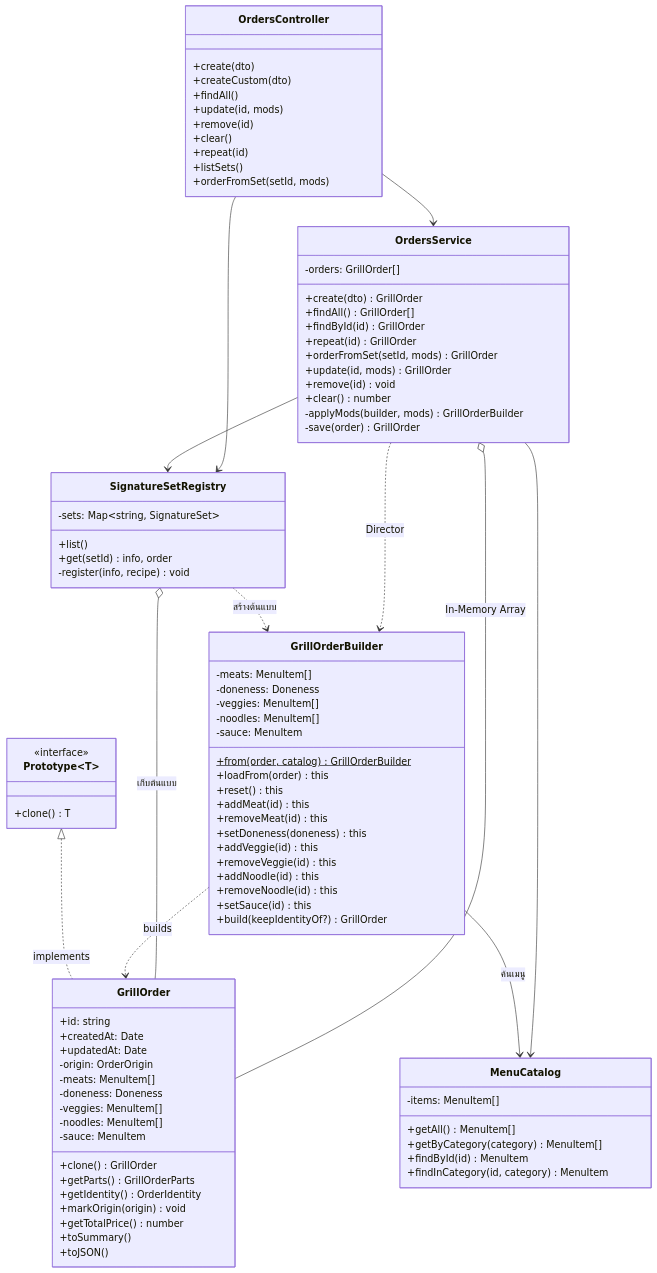
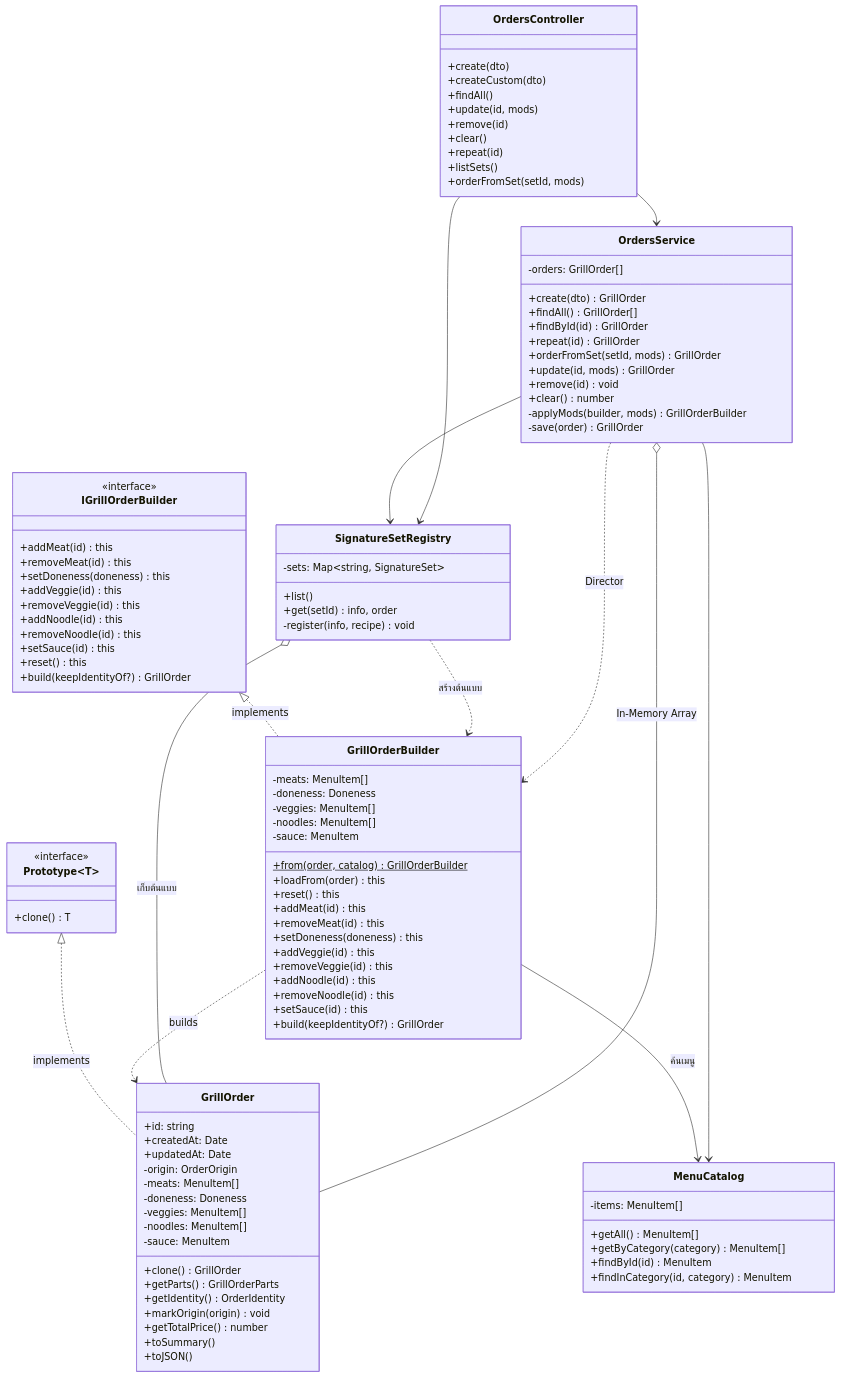
Before and after one commit to 66114540676/GrillByWayu: the diagram in README.md, drawn with Mermaid. The commit also changed other lines of this file and 22 other files, not shown here.

```diff
--- a/README.md
+++ b/README.md
@@ -111,6 +112,20 @@
         +getTotalPrice() number
         +toSummary()
         +toJSON()
+    }
+
+    class IGrillOrderBuilder {
+        <<interface>>
+        +addMeat(id) this
+        +removeMeat(id) this
+        +setDoneness(doneness) this
+        +addVeggie(id) this
+        +removeVeggie(id) this
+        +addNoodle(id) this
+        +removeNoodle(id) this
+        +setSauce(id) this
+        +reset() this
+        +build(keepIdentityOf?) GrillOrder
     }
 
     class GrillOrderBuilder {
@@ -175,6 +190,7 @@
     }
 
     Prototype~T~ <|.. GrillOrder : implements
+    IGrillOrderBuilder <|.. GrillOrderBuilder : implements
     GrillOrderBuilder ..> GrillOrder : builds
     GrillOrderBuilder --> MenuCatalog : ค้นเมนู
     SignatureSetRegistry o-- GrillOrder : เก็บต้นแบบ
```
